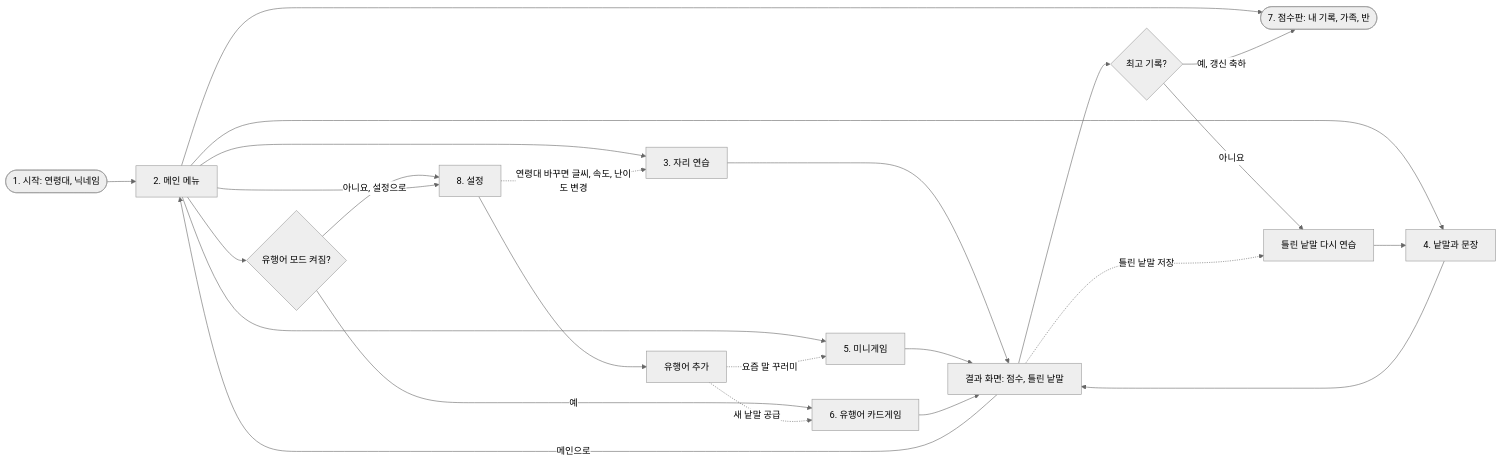
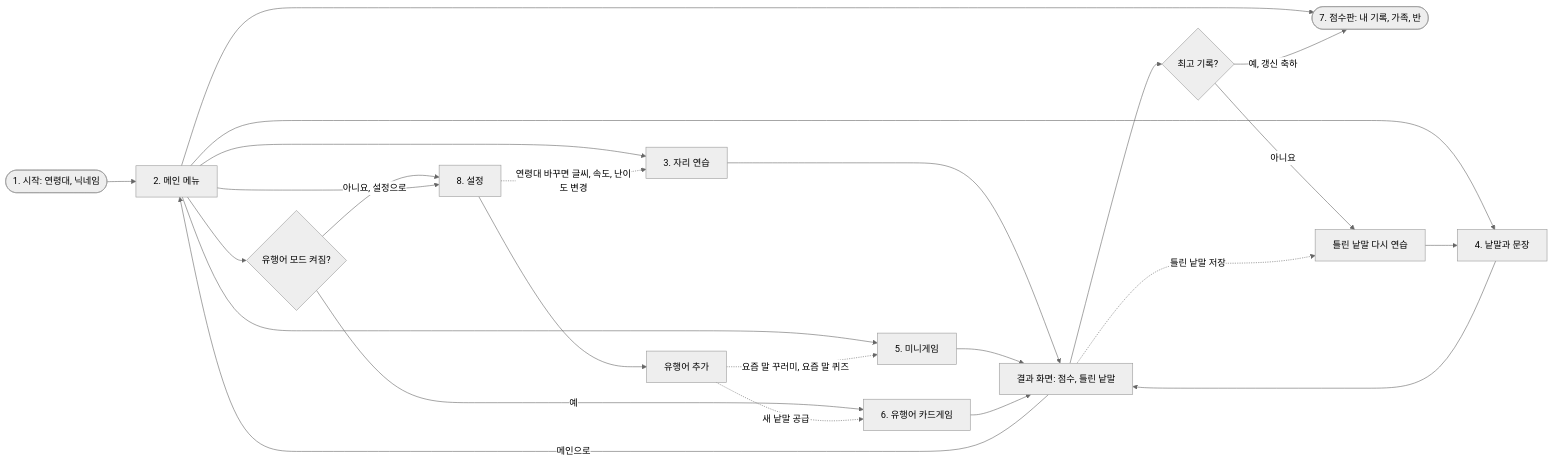
The second of 2 diagrams in docs/03-screens-and-flow.md (zcanzcan/hangul-typing-game), drawn with Mermaid (neutral theme) before and after one commit. The commit also changed other lines of this file and 12 other files, not shown here.

````diff
--- a/docs/03-screens-and-flow.md
+++ b/docs/03-screens-and-flow.md
@@ -45,26 +45,26 @@
 ```mermaid
 flowchart LR
     s([1. 시작: 연령대, 닉네임]) --> m[2. 메인 메뉴]
     m --> p1[3. 자리 연습]
     m --> p2[4. 낱말과 문장]
     m --> p3[5. 미니게임]
     m --> q{유행어 모드 켜짐?}
     q -->|예| p4[6. 유행어 카드게임]
     q -->|아니요, 설정으로| st[8. 설정]
     m --> sb([7. 점수판: 내 기록, 가족, 반])
     m --> st
     p1 --> r[결과 화면: 점수, 틀린 낱말]
     p2 --> r
     p3 --> r
     p4 --> r
     r --> b{최고 기록?}
     b -->|예, 갱신 축하| sb
     b -->|아니요| w[틀린 낱말 다시 연습]
     w --> p2
     r -->|메인으로| m
     st --> add[유행어 추가]
     add -.->|새 낱말 공급| p4
-    add -.->|요즘 말 꾸러미| p3
+    add -.->|요즘 말 꾸러미, 요즘 말 퀴즈| p3
     st -.->|연령대 바꾸면 글씨, 속도, 난이도 변경| p1
     r -.->|틀린 낱말 저장| w
 ```
````
